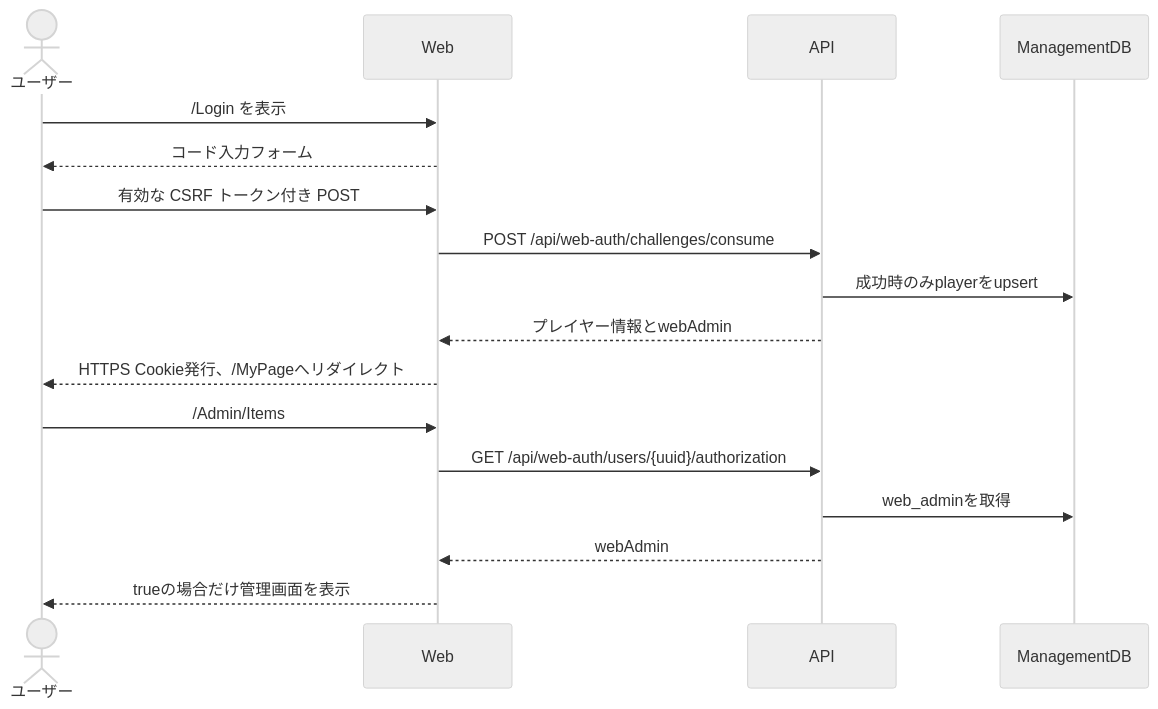
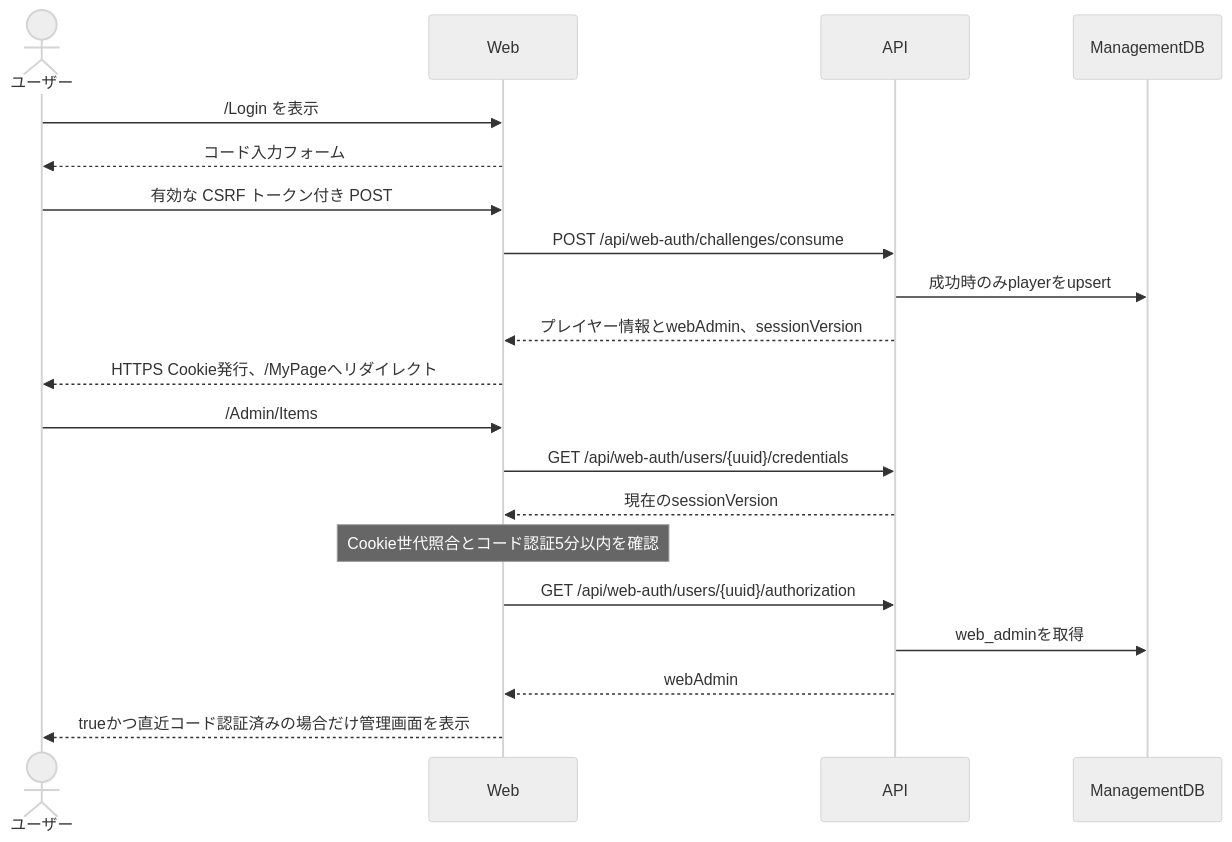
Before and after one commit to maaasu/AstralRecord-Workspace: the diagram in 00_docs/30_WEB設計書/feature/01-web-auth/4-統合フロー/01_4.00-統合フロー.md, drawn with Mermaid (neutral theme). The commit also changed other lines of this file and 45 other files, not shown here.

````diff
--- a/00_docs/30_WEB設計書/feature/01-web-auth/4-統合フロー/01_4.00-統合フロー.md
+++ b/00_docs/30_WEB設計書/feature/01-web-auth/4-統合フロー/01_4.00-統合フロー.md
@@ -3,19 +3,22 @@
 ```mermaid
 sequenceDiagram
     actor User as ユーザー
     participant Web
     participant API
     participant ManagementDB
     User->>Web: /Login を表示
     Web-->>User: コード入力フォーム
     User->>Web: 有効な CSRF トークン付き POST
     Web->>API: POST /api/web-auth/challenges/consume
     API->>ManagementDB: 成功時のみplayerをupsert
-    API-->>Web: プレイヤー情報とwebAdmin
+    API-->>Web: プレイヤー情報とwebAdmin、sessionVersion
     Web-->>User: HTTPS Cookie発行、/MyPageへリダイレクト
     User->>Web: /Admin/Items
+    Web->>API: GET /api/web-auth/users/{uuid}/credentials
+    API-->>Web: 現在のsessionVersion
+    Note over Web: Cookie世代照合とコード認証5分以内を確認
     Web->>API: GET /api/web-auth/users/{uuid}/authorization
     API->>ManagementDB: web_adminを取得
     API-->>Web: webAdmin
-    Web-->>User: trueの場合だけ管理画面を表示
+    Web-->>User: trueかつ直近コード認証済みの場合だけ管理画面を表示
 ```
````
